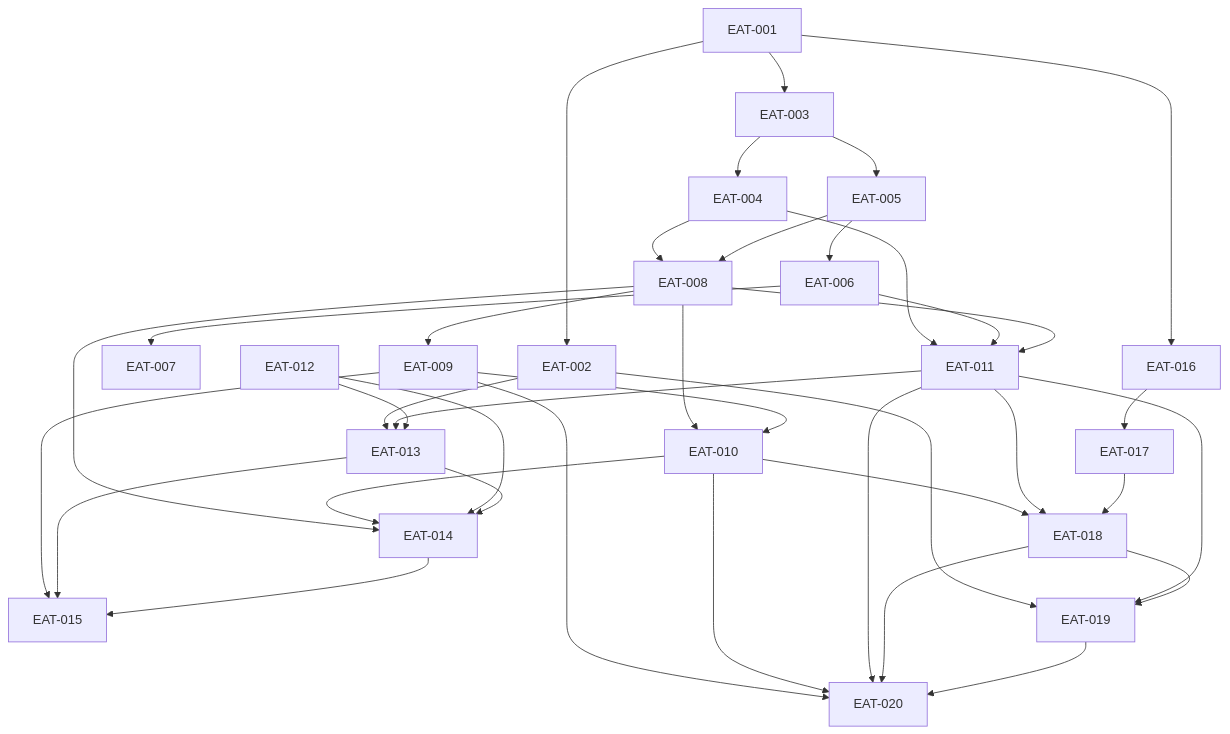
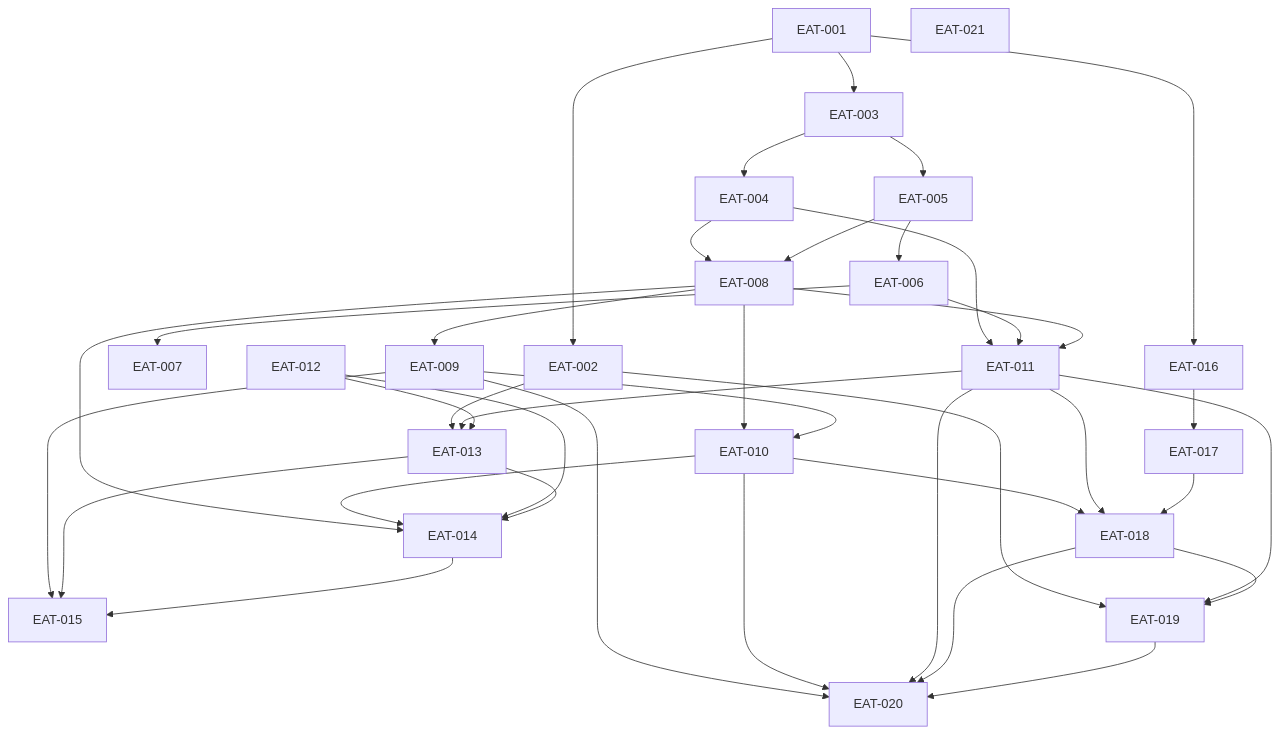
One commit to samuelecorra/engineering-atlas changed the diagram in reports/curriculum-roadmap.md. Above: the diagram before and after it, drawn with Mermaid. The commit also changed other lines of this file and 39 other files, not shown here.

````diff
--- a/reports/curriculum-roadmap.md
+++ b/reports/curriculum-roadmap.md
@@ -53,60 +58,61 @@
 ```mermaid
 graph TD
   EAT_001["EAT-001"]
   EAT_002["EAT-002"]
   EAT_003["EAT-003"]
   EAT_004["EAT-004"]
   EAT_005["EAT-005"]
   EAT_006["EAT-006"]
   EAT_007["EAT-007"]
   EAT_008["EAT-008"]
   EAT_009["EAT-009"]
   EAT_010["EAT-010"]
   EAT_011["EAT-011"]
   EAT_012["EAT-012"]
   EAT_013["EAT-013"]
   EAT_014["EAT-014"]
   EAT_015["EAT-015"]
   EAT_016["EAT-016"]
   EAT_017["EAT-017"]
   EAT_018["EAT-018"]
   EAT_019["EAT-019"]
   EAT_020["EAT-020"]
+  EAT_021["EAT-021"]
   EAT_001 --> EAT_002
   EAT_001 --> EAT_003
   EAT_001 --> EAT_016
   EAT_002 --> EAT_013
   EAT_002 --> EAT_019
   EAT_003 --> EAT_004
   EAT_003 --> EAT_005
   EAT_004 --> EAT_008
   EAT_004 --> EAT_011
   EAT_005 --> EAT_006
   EAT_005 --> EAT_008
   EAT_006 --> EAT_007
   EAT_006 --> EAT_011
   EAT_008 --> EAT_009
   EAT_008 --> EAT_010
   EAT_008 --> EAT_011
   EAT_008 --> EAT_014
   EAT_009 --> EAT_010
   EAT_009 --> EAT_015
   EAT_009 --> EAT_020
   EAT_010 --> EAT_014
   EAT_010 --> EAT_018
   EAT_010 --> EAT_020
   EAT_011 --> EAT_013
   EAT_011 --> EAT_018
   EAT_011 --> EAT_019
   EAT_011 --> EAT_020
   EAT_012 --> EAT_013
   EAT_012 --> EAT_014
   EAT_013 --> EAT_014
   EAT_013 --> EAT_015
   EAT_014 --> EAT_015
   EAT_016 --> EAT_017
   EAT_017 --> EAT_018
   EAT_018 --> EAT_019
   EAT_018 --> EAT_020
   EAT_019 --> EAT_020
 ```
````
